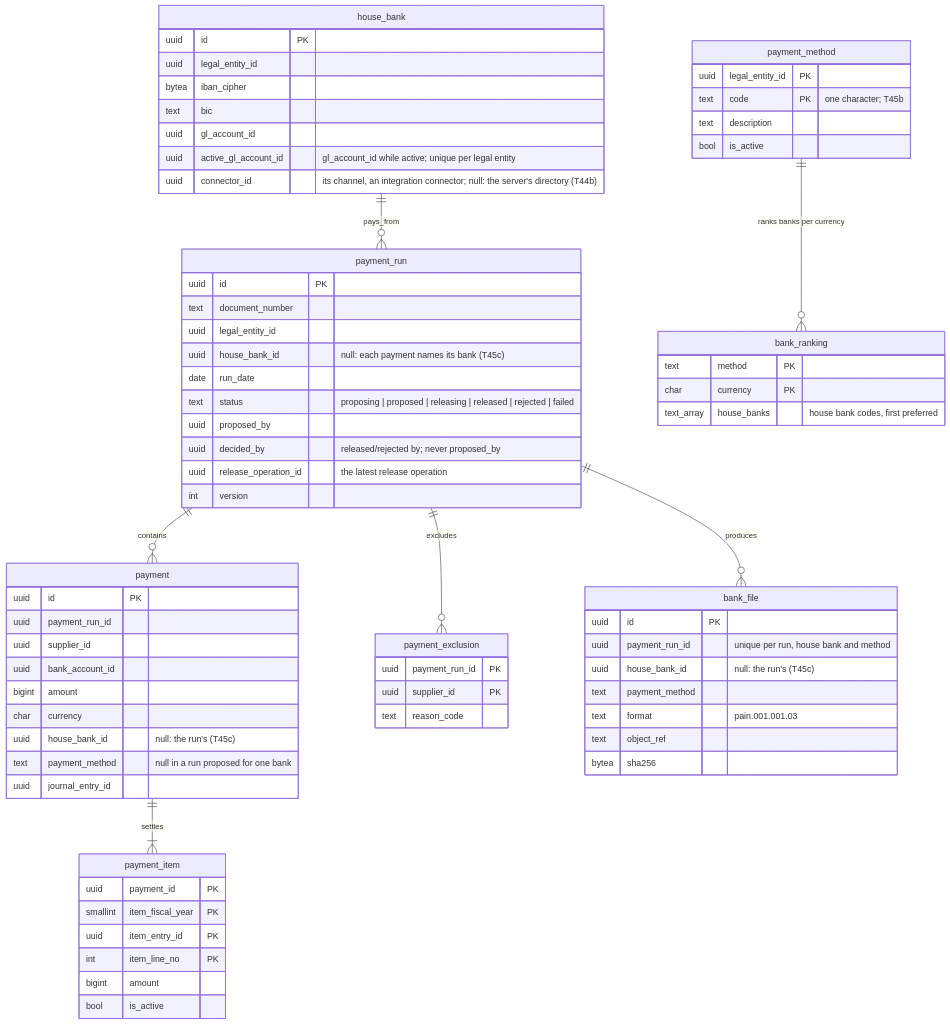
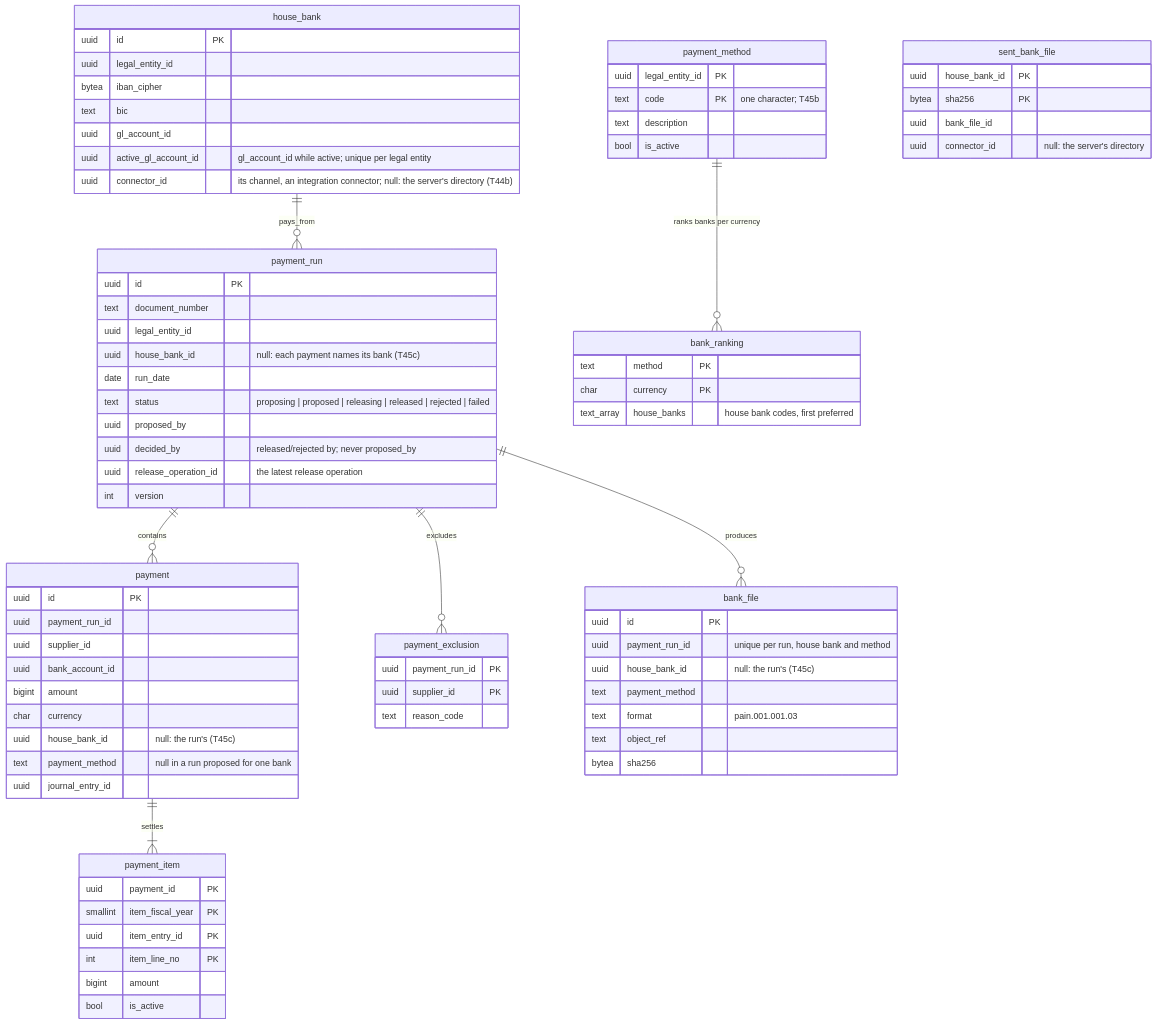
Before and after one commit to mustie7iy/agentic-erp: the eighth of 9 diagrams in docs/design/03-data-model.md, drawn with Mermaid. The commit also changed other lines of this file and 11 other files, not shown here.

First line of the commit message:
Bank files a house bank took are recorded by content hash; a duplicate is not sent again (T44c)

````diff
--- a/docs/design/03-data-model.md
+++ b/docs/design/03-data-model.md
@@ -1226,58 +1226,62 @@
 ```mermaid
 erDiagram
   house_bank ||--o{ payment_run : pays_from
   payment_run ||--o{ payment : contains
   payment ||--|{ payment_item : settles
   payment_run ||--o{ payment_exclusion : excludes
   payment_run ||--o{ bank_file : produces
   payment_method ||--o{ bank_ranking : "ranks banks per currency"
   payment_method { uuid legal_entity_id PK
     text code PK "one character; T45b"
     text description
     bool is_active }
   bank_ranking { text method PK
     char currency PK
     text_array house_banks "house bank codes, first preferred" }
   payment_run { uuid id PK
     text document_number
     uuid legal_entity_id
     uuid house_bank_id "null: each payment names its bank (T45c)"
     date run_date
     text status "proposing | proposed | releasing | released | rejected | failed"
     uuid proposed_by
     uuid decided_by "released/rejected by; never proposed_by"
     uuid release_operation_id "the latest release operation"
     int version }
   payment { uuid id PK
     uuid payment_run_id
     uuid supplier_id
     uuid bank_account_id
     bigint amount
     char currency
     uuid house_bank_id "null: the run's (T45c)"
     text payment_method "null in a run proposed for one bank"
     uuid journal_entry_id }
   payment_item { uuid payment_id PK
     smallint item_fiscal_year PK
     uuid item_entry_id PK
     int item_line_no PK
     bigint amount
     bool is_active }
   payment_exclusion { uuid payment_run_id PK
     uuid supplier_id PK
     text reason_code }
   house_bank { uuid id PK
     uuid legal_entity_id
     bytea iban_cipher
     text bic
     uuid gl_account_id
     uuid active_gl_account_id "gl_account_id while active; unique per legal entity"
     uuid connector_id "its channel, an integration connector; null: the server's directory (T44b)" }
+  sent_bank_file { uuid house_bank_id PK
+    bytea sha256 PK
+    uuid bank_file_id
+    uuid connector_id "null: the server's directory" }
   bank_file { uuid id PK
     uuid payment_run_id "unique per run, house bank and method"
     uuid house_bank_id "null: the run's (T45c)"
     text payment_method
     text format "pain.001.001.03"
     text object_ref
     bytea sha256 }
 ```
````
